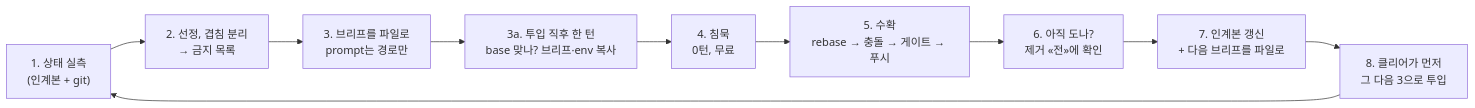
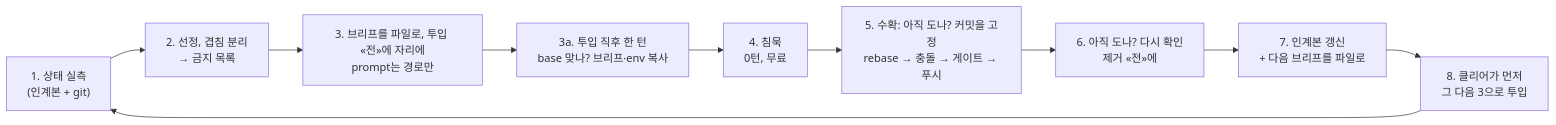
The first of 2 diagrams in README.ko.md (sh5623/parallel-worktree), drawn with Mermaid before and after one commit. The commit also changed other lines of this file and 9 other files, not shown here.

````diff
--- a/README.ko.md
+++ b/README.ko.md
@@ -90,12 +92,12 @@
 ```mermaid
 flowchart LR
     A["1. 상태 실측<br/>(인계본 + git)"] --> B["2. 선정, 겹침 분리<br/>→ 금지 목록"]
-    B --> C["3. 브리프를 파일로<br/>prompt는 경로만"]
+    B --> C["3. 브리프를 파일로, 투입 «전»에 자리에<br/>prompt는 경로만"]
     C --> C2["3a. 투입 직후 한 턴<br/>base 맞나? 브리프·env 복사"]
     C2 --> D["4. 침묵<br/>0턴, 무료"]
-    D --> E["5. 수확<br/>rebase → 충돌 → 게이트 → 푸시"]
-    E --> F["6. 아직 도나?<br/>제거 «전»에 확인"]
+    D --> E["5. 수확: 아직 도나? 커밋을 고정<br/>rebase → 충돌 → 게이트 → 푸시"]
+    E --> F["6. 아직 도나? 다시 확인<br/>제거 «전»에"]
     F --> G["7. 인계본 갱신<br/>+ 다음 브리프를 파일로"]
     G --> H["8. 클리어가 먼저<br/>그 다음 3으로 투입"]
     H --> A
 ```
````
